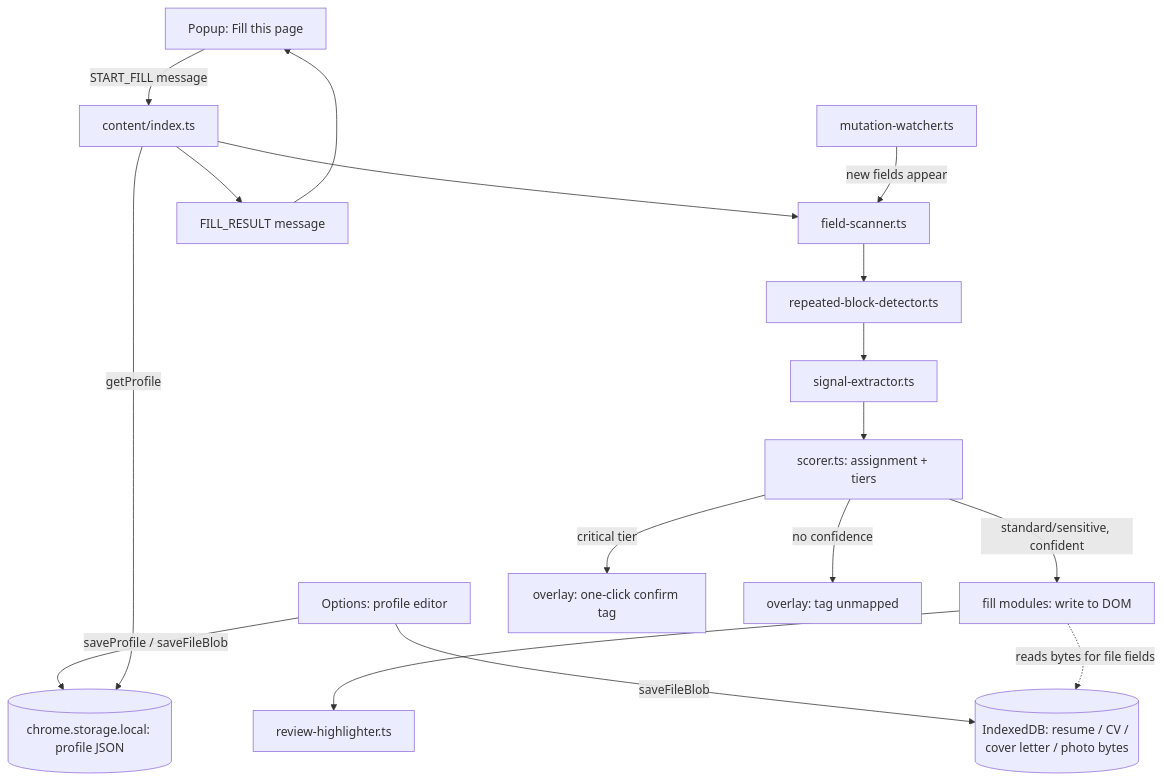
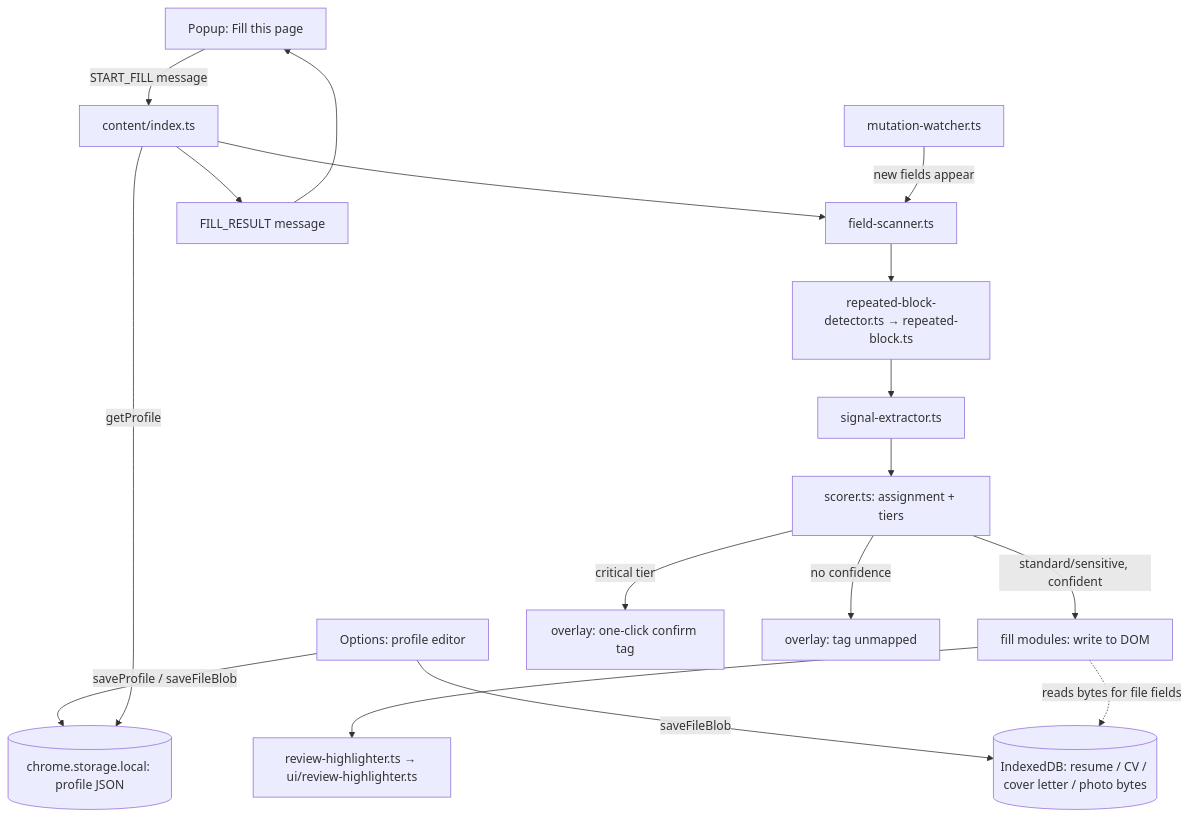
One commit to AhmadHassan-BTed/FormFilla changed the diagram in docs/implementation-plan.md. Above: the diagram before and after it, drawn with Mermaid. The commit also changed other lines of this file and 6 other files, not shown here.

Commit message:
docs: add project architecture documentation and public repository README

````diff
--- a/docs/implementation-plan.md
+++ b/docs/implementation-plan.md
@@ -21,19 +21,19 @@
 ```mermaid
 flowchart TD
     Popup[Popup: Fill this page] -->|START_FILL message| Orchestrator[content/index.ts]
     Options[Options: profile editor] -->|saveProfile / saveFileBlob| Storage[(chrome.storage.local: profile JSON)]
     Options -->|saveFileBlob| Blobs[(IndexedDB: resume / CV / cover letter / photo bytes)]
     Orchestrator -->|getProfile| Storage
     Orchestrator --> Scan[field-scanner.ts]
-    Scan --> Blocks[repeated-block-detector.ts]
+    Scan --> Blocks[repeated-block-detector.ts → repeated-block.ts]
     Blocks --> Extract[signal-extractor.ts]
     Extract --> Score[scorer.ts: assignment + tiers]
     Score -->|standard/sensitive, confident| Fill[fill modules: write to DOM]
     Score -->|critical tier| Confirm[overlay: one-click confirm tag]
     Score -->|no confidence| Skip[overlay: tag unmapped]
-    Fill --> Overlay[review-highlighter.ts]
+    Fill --> Overlay[review-highlighter.ts → ui/review-highlighter.ts]
     Fill -. reads bytes for file fields .-> Blobs
     Watcher[mutation-watcher.ts] -->|new fields appear| Scan
     Orchestrator --> Report[FILL_RESULT message]
     Report --> Popup
 ```
````
